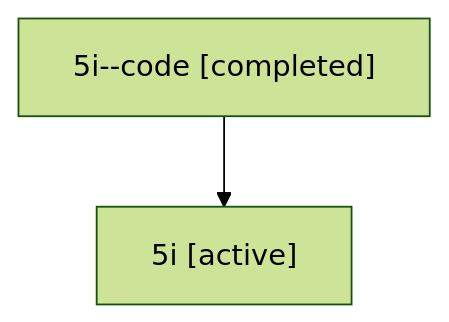
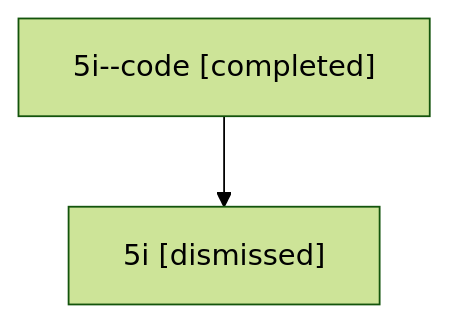
Before and after one commit to sase-org/sase--agents: the diagram in sessions/bbugyi200.athena.5i.md, drawn with Mermaid (forest theme). The commit also changed other lines of this file and 42 other files, not shown here.

````diff
--- a/sessions/bbugyi200.athena.5i.md
+++ b/sessions/bbugyi200.athena.5i.md
@@ -9,6 +9,6 @@
 ```mermaid
 flowchart TD
   n0["5i--code [completed]"]
-  n1["5i [active]"]
+  n1["5i [dismissed]"]
   n0 --> n1
 ```
````
